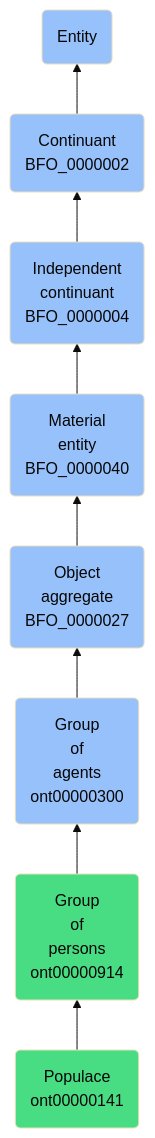
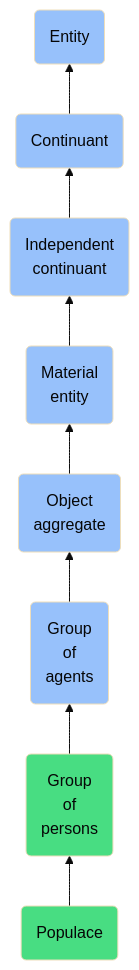
The diagram in docs/ontology/reference/model/Entity/Continuant/Independent continuant/Material entity/Object aggregate/Group of agents/Group of persons/Populace/Populace.md (jupyter-naas/abi), drawn with Mermaid (base theme) before and after one commit. The commit also changed other lines of this file and 1430 other files, not shown here.

````diff
--- a/docs/ontology/reference/model/Entity/Continuant/Independent continuant/Material entity/Object aggregate/Group of agents/Group of persons/Populace/Populace.md
+++ b/docs/ontology/reference/model/Entity/Continuant/Independent continuant/Material entity/Object aggregate/Group of agents/Group of persons/Populace/Populace.md
@@ -24,15 +24,15 @@
 ```mermaid
 graph BT
-    ont00000141(Populace<br>ont00000141):::ABI-->ont00000914
-    ont00000914(Group<br>of<br>persons<br>ont00000914):::ABI-->ont00000300
-    ont00000300(Group<br>of<br>agents<br>ont00000300):::BFO-->BFO_0000027
-    BFO_0000027(Object<br>aggregate<br>BFO_0000027):::BFO-->BFO_0000040
-    BFO_0000040(Material<br>entity<br>BFO_0000040):::BFO-->BFO_0000004
-    BFO_0000004(Independent<br>continuant<br>BFO_0000004):::BFO-->BFO_0000002
-    BFO_0000002(Continuant<br>BFO_0000002):::BFO-->BFO_0000001
+    ont00000141(Populace):::ABI-->ont00000914
+    ont00000914(Group<br>of<br>persons):::ABI-->ont00000300
+    ont00000300(Group<br>of<br>agents):::BFO-->BFO_0000027
+    BFO_0000027(Object<br>aggregate):::BFO-->BFO_0000040
+    BFO_0000040(Material<br>entity):::BFO-->BFO_0000004
+    BFO_0000004(Independent<br>continuant):::BFO-->BFO_0000002
+    BFO_0000002(Continuant):::BFO-->BFO_0000001
     BFO_0000001(Entity):::BFO
     
     classDef BFO fill:#97c1fb,color:#060606
     classDef CCO fill:#e4c51e,color:#060606
     classDef ABI fill:#48DD82,color:#060606
 ```
````
